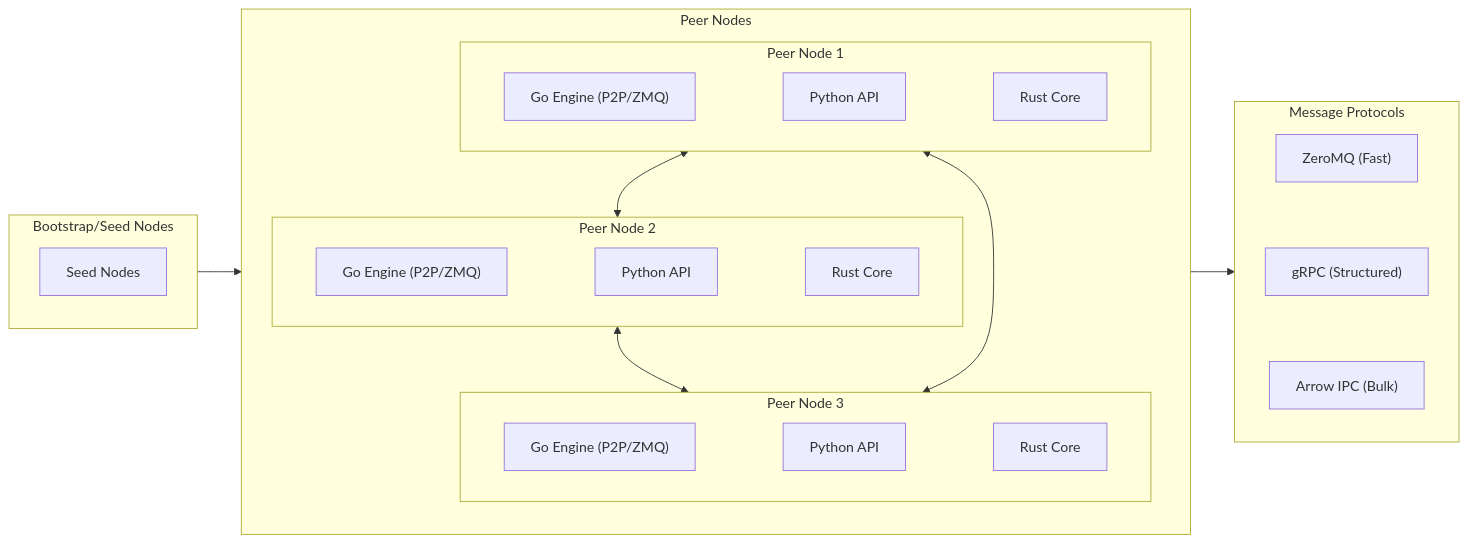
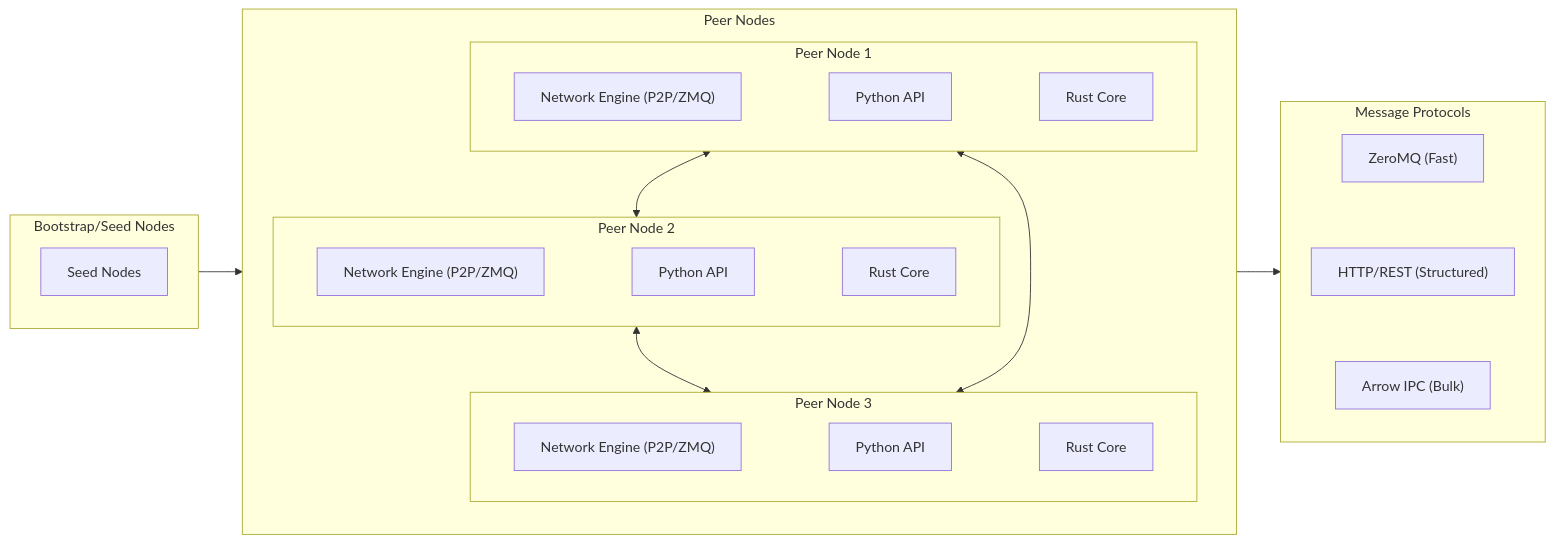
Before and after one commit to VanDung-dev/HieraChain: diagram 13 of 14 in ARCHITECTURE.md, drawn with Mermaid. The commit also changed other lines of this file and 2 other files, not shown here.

First line of the commit message:
docs: remove references to Go Engine and update version badge

````diff
--- a/ARCHITECTURE.md
+++ b/ARCHITECTURE.md
@@ -527,39 +454,39 @@
 ```mermaid
 flowchart LR
     subgraph Bootstrap["Bootstrap/Seed Nodes"]
         BS["Seed Nodes"]
     end
 
     subgraph Peers["Peer Nodes"]
         subgraph Peer1["Peer Node 1"]
-            P1E["Go Engine (P2P/ZMQ)"]
+            P1E["Network Engine (P2P/ZMQ)"]
             P1A["Python API"]
             P1R["Rust Core"]
             P1E ~~~ P1A ~~~ P1R
         end
         subgraph Peer2["Peer Node 2"]
-            P2E["Go Engine (P2P/ZMQ)"]
+            P2E["Network Engine (P2P/ZMQ)"]
             P2A["Python API"]
             P2R["Rust Core"]
             P2E ~~~ P2A ~~~ P2R
         end
         subgraph Peer3["Peer Node 3"]
-            P3E["Go Engine (P2P/ZMQ)"]
+            P3E["Network Engine (P2P/ZMQ)"]
             P3A["Python API"]
             P3R["Rust Core"]
             P3E ~~~ P3A ~~~ P3R
         end
     end
 
     subgraph Protocols["Message Protocols"]
         MP1["ZeroMQ (Fast)"]
-        MP2["gRPC (Structured)"]
+        MP2["HTTP/REST (Structured)"]
         MP3["Arrow IPC (Bulk)"]
         MP1 ~~~ MP2 ~~~ MP3
     end
 
     Bootstrap --> Peers
     Peers --> Protocols
     Peer1 <--> Peer2 <--> Peer3
     Peer1 <--> Peer3
 ```
````
